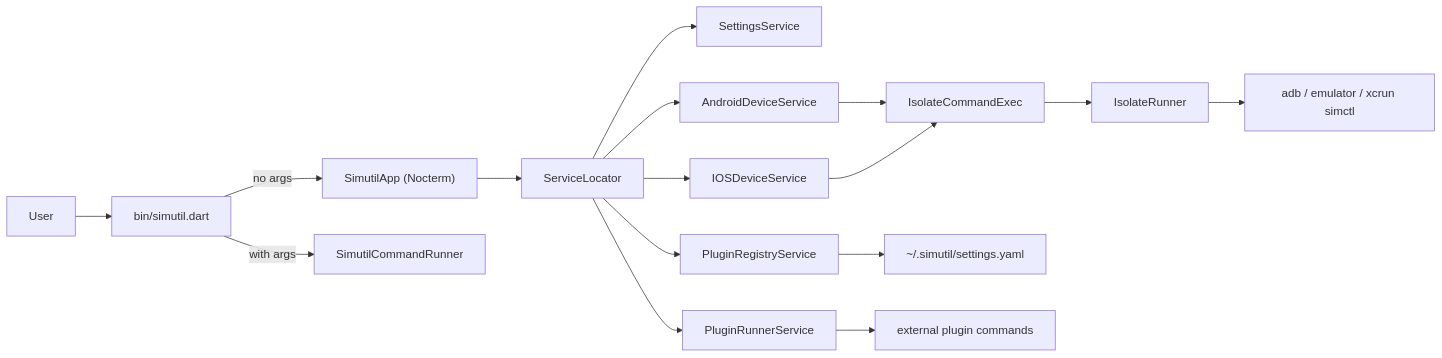
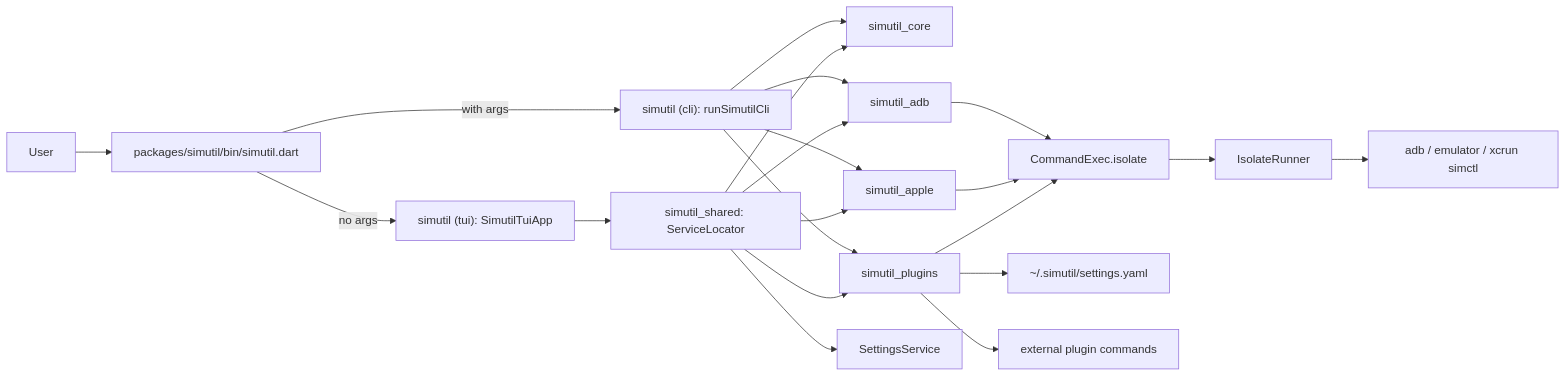
One commit to cuongdq88/simdeck changed the diagram in docs/ai/architecture.md. Above: the diagram before and after it, drawn with Mermaid. The commit also changed other lines of this file and 255 other files, not shown here.

````diff
--- a/docs/ai/architecture.md
+++ b/docs/ai/architecture.md
@@ -45,18 +57,23 @@
 ```mermaid
 flowchart LR
-    User[User] --> Bin["bin/simutil.dart"]
-    Bin -->|"no args"| App["SimutilApp (Nocterm)"]
-    Bin -->|"with args"| CLI["SimutilCommandRunner"]
-    App --> Locator["ServiceLocator"]
+    User[User] --> Bin["packages/simutil/bin/simutil.dart"]
+    Bin -->|"no args"| App["simutil (tui): SimutilTuiApp"]
+    Bin -->|"with args"| CLI["simutil (cli): runSimutilCli"]
+    CLI --> Core
+    CLI --> Adb
+    CLI --> Apple
+    CLI --> Plugins
+    App --> Locator["simutil_shared: ServiceLocator"]
+    Locator --> Core["simutil_core"]
+    Locator --> Adb["simutil_adb"]
+    Locator --> Apple["simutil_apple"]
+    Locator --> Plugins["simutil_plugins"]
     Locator --> Settings["SettingsService"]
-    Locator --> Android["AndroidDeviceService"]
-    Locator --> IOS["IOSDeviceService"]
-    Locator --> PluginReg["PluginRegistryService"]
-    Locator --> PluginRun["PluginRunnerService"]
-    Android --> Exec["IsolateCommandExec"]
-    IOS --> Exec
+    Adb --> Exec["CommandExec.isolate"]
+    Apple --> Exec
+    Plugins --> Exec
     Exec --> Runner["IsolateRunner"]
     Runner --> Shell["adb / emulator / xcrun simctl"]
-    PluginReg --> SettingsYaml["~/.simutil/settings.yaml"]
-    PluginRun --> PluginShell["external plugin commands"]
+    Plugins --> SettingsYaml["~/.simutil/settings.yaml"]
+    Plugins --> PluginShell["external plugin commands"]
 ```
````
